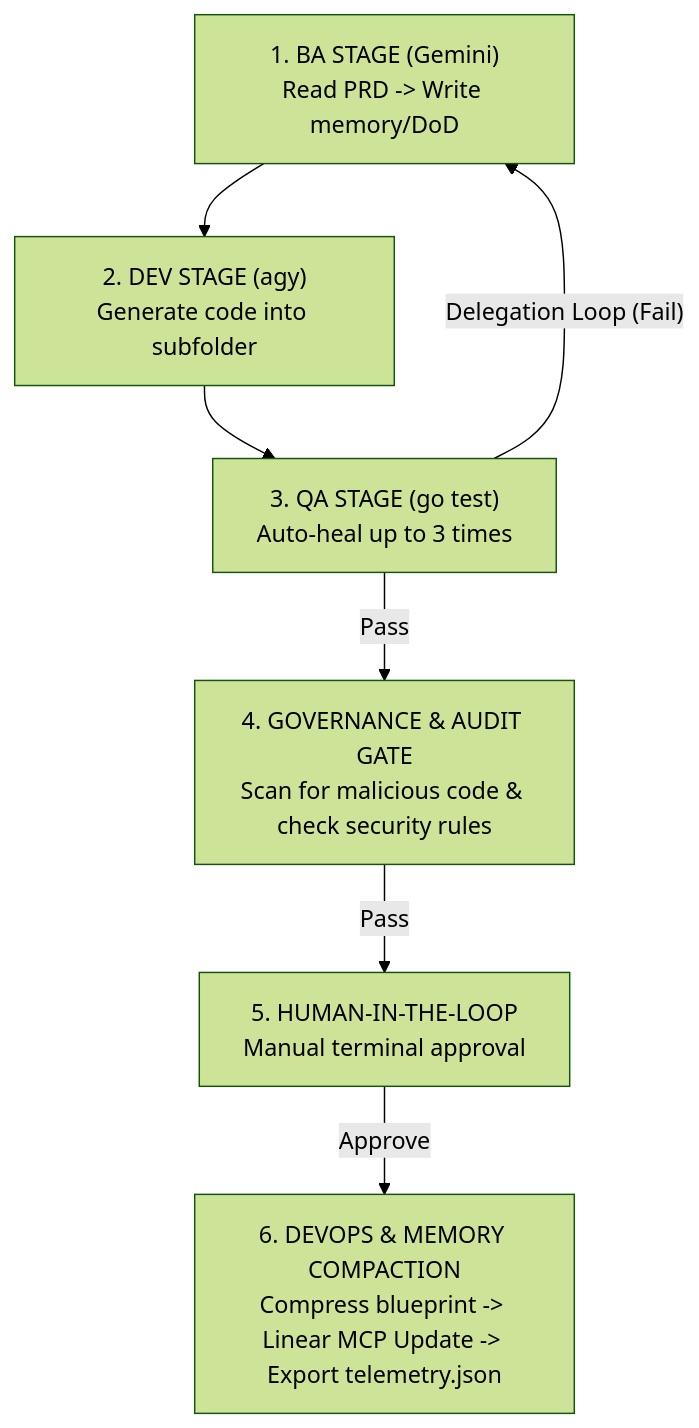
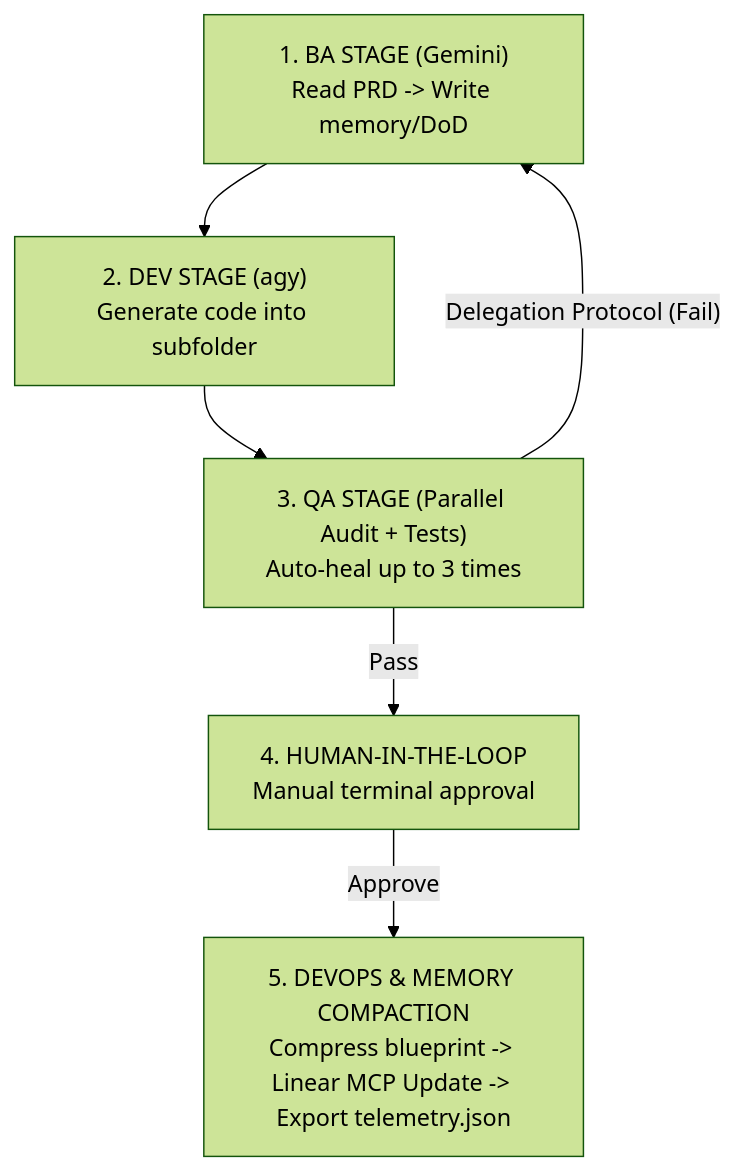
One commit to dothanhlam/harness-engineering changed the diagram in documentation/ebook/en/02_pipeline_architecture.md. Above: the diagram before and after it, drawn with Mermaid (forest theme). The commit also changed other lines of this file and 3 other files, not shown here.

````diff
--- a/documentation/ebook/en/02_pipeline_architecture.md
+++ b/documentation/ebook/en/02_pipeline_architecture.md
@@ -9,16 +9,14 @@
 ```mermaid
 flowchart TD
     BA["1. BA STAGE (Gemini)<br>Read PRD -> Write memory/DoD"]
     DEV["2. DEV STAGE (agy)<br>Generate code into subfolder"]
-    QA["3. QA STAGE (go test)<br>Auto-heal up to 3 times"]
-    AUDIT["4. GOVERNANCE & AUDIT GATE<br>Scan for malicious code & check security rules"]
-    HITL["5. HUMAN-IN-THE-LOOP<br>Manual terminal approval"]
-    DEVOPS["6. DEVOPS & MEMORY COMPACTION<br>Compress blueprint -> Linear MCP Update -> Export telemetry.json"]
+    QA["3. QA STAGE (Parallel Audit + Tests)<br>Auto-heal up to 3 times"]
+    HITL["4. HUMAN-IN-THE-LOOP<br>Manual terminal approval"]
+    DEVOPS["5. DEVOPS & MEMORY COMPACTION<br>Compress blueprint -> Linear MCP Update -> Export telemetry.json"]
 
     BA --> DEV
     DEV --> QA
-    QA -- "Delegation Loop (Fail)" --> BA
-    QA -- "Pass" --> AUDIT
-    AUDIT -- "Pass" --> HITL
+    QA -- "Delegation Protocol (Fail)" --> BA
+    QA -- "Pass" --> HITL
     HITL -- "Approve" --> DEVOPS
 ```
````
